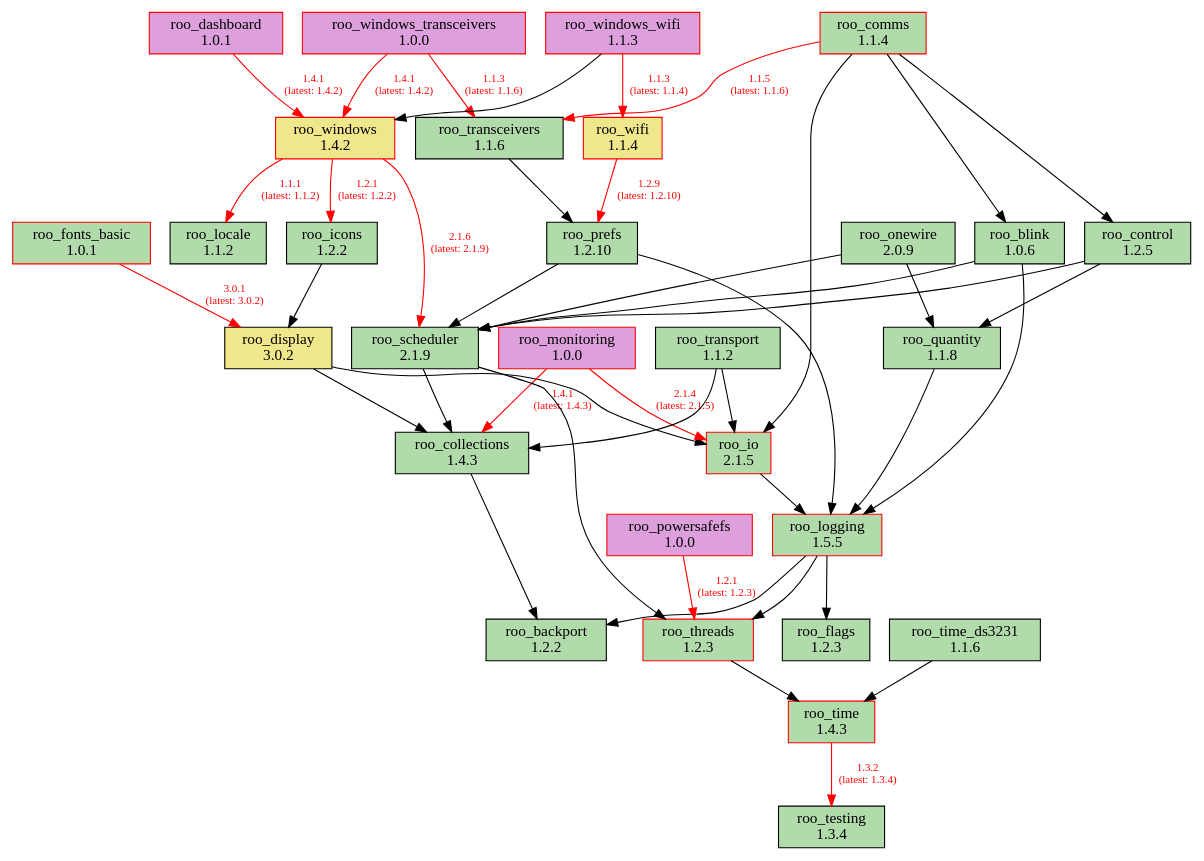
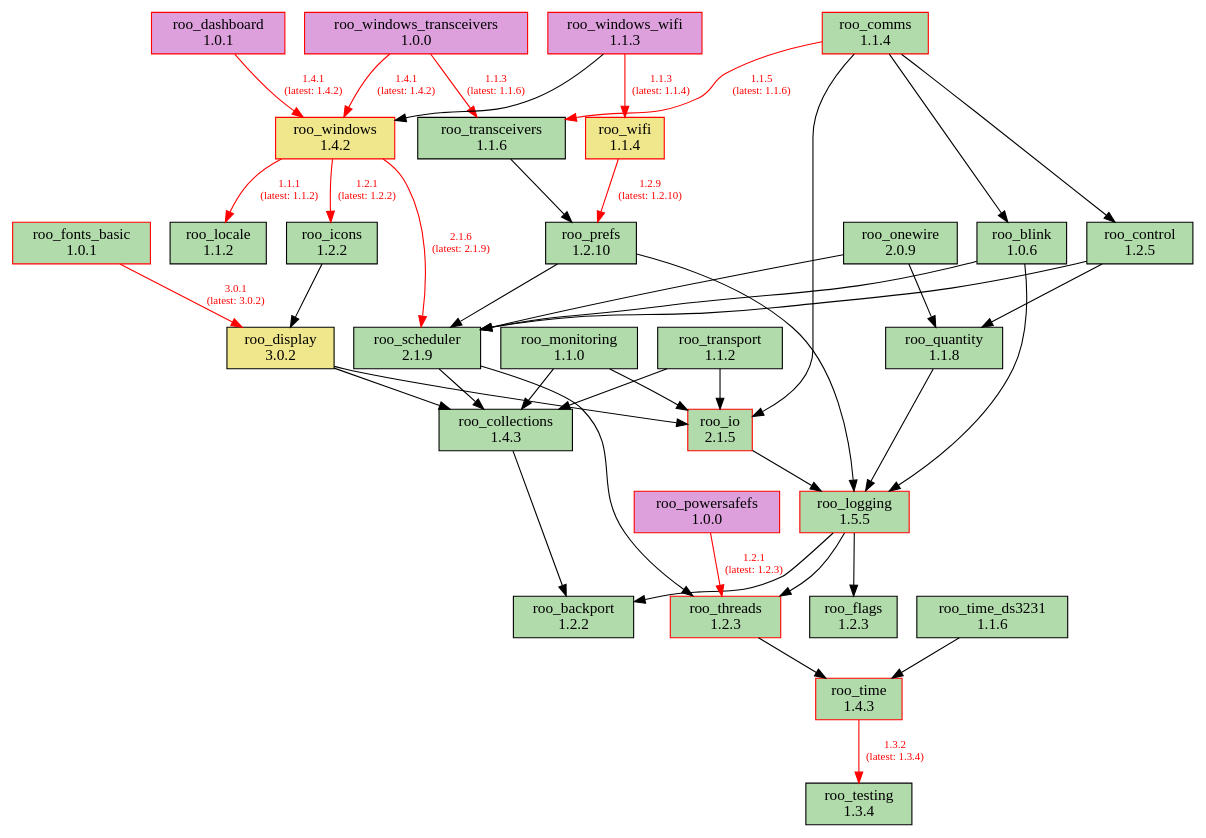
The diagram in doc/dependencies.dot (dejwk/roo-registry), drawn with Graphviz before and after one commit. The commit also changed 3 other files, not shown here.

Commit message:
Added roo_monitoring 1.1.0 to the registry.

```diff
--- a/doc/dependencies.dot
+++ b/doc/dependencies.dot
@@ -1,80 +1,80 @@
 digraph dependencies {
     rankdir=TB;
     node [shape=box, style=filled];
     edge [fontsize=10];
 
     // Modules
     "roo_backport" [label="roo_backport\n1.2.2", fillcolor="#b1dbab", color="black"];
     "roo_blink" [label="roo_blink\n1.0.6", fillcolor="#b1dbab", color="black"];
     "roo_collections" [label="roo_collections\n1.4.3", fillcolor="#b1dbab", color="black"];
     "roo_comms" [label="roo_comms\n1.1.4", fillcolor="#b1dbab", color="red"];
     "roo_control" [label="roo_control\n1.2.5", fillcolor="#b1dbab", color="black"];
     "roo_dashboard" [label="roo_dashboard\n1.0.1", fillcolor="plum", color="red"];
     "roo_display" [label="roo_display\n3.0.2", fillcolor="khaki", color="black"];
     "roo_flags" [label="roo_flags\n1.2.3", fillcolor="#b1dbab", color="black"];
     "roo_fonts_basic" [label="roo_fonts_basic\n1.0.1", fillcolor="#b1dbab", color="red"];
     "roo_icons" [label="roo_icons\n1.2.2", fillcolor="#b1dbab", color="black"];
     "roo_io" [label="roo_io\n2.1.5", fillcolor="#b1dbab", color="red"];
     "roo_locale" [label="roo_locale\n1.1.2", fillcolor="#b1dbab", color="black"];
     "roo_logging" [label="roo_logging\n1.5.5", fillcolor="#b1dbab", color="red"];
-    "roo_monitoring" [label="roo_monitoring\n1.0.0", fillcolor="plum", color="red"];
+    "roo_monitoring" [label="roo_monitoring\n1.1.0", fillcolor="#b1dbab", color="black"];
     "roo_onewire" [label="roo_onewire\n2.0.9", fillcolor="#b1dbab", color="black"];
     "roo_powersafefs" [label="roo_powersafefs\n1.0.0", fillcolor="plum", color="red"];
     "roo_prefs" [label="roo_prefs\n1.2.10", fillcolor="#b1dbab", color="black"];
     "roo_quantity" [label="roo_quantity\n1.1.8", fillcolor="#b1dbab", color="black"];
     "roo_scheduler" [label="roo_scheduler\n2.1.9", fillcolor="#b1dbab", color="black"];
     "roo_testing" [label="roo_testing\n1.3.4", fillcolor="#b1dbab", color="black"];
     "roo_threads" [label="roo_threads\n1.2.3", fillcolor="#b1dbab", color="red"];
     "roo_time" [label="roo_time\n1.4.3", fillcolor="#b1dbab", color="red"];
     "roo_time_ds3231" [label="roo_time_ds3231\n1.1.6", fillcolor="#b1dbab", color="black"];
     "roo_transceivers" [label="roo_transceivers\n1.1.6", fillcolor="#b1dbab", color="black"];
     "roo_transport" [label="roo_transport\n1.1.2", fillcolor="#b1dbab", color="black"];
     "roo_wifi" [label="roo_wifi\n1.1.4", fillcolor="khaki", color="red"];
     "roo_windows" [label="roo_windows\n1.4.2", fillcolor="khaki", color="red"];
     "roo_windows_transceivers" [label="roo_windows_transceivers\n1.0.0", fillcolor="plum", color="red"];
     "roo_windows_wifi" [label="roo_windows_wifi\n1.1.3", fillcolor="plum", color="red"];
 
     // Dependencies
     "roo_blink" -> "roo_logging";
     "roo_blink" -> "roo_scheduler";
     "roo_collections" -> "roo_backport";
     "roo_comms" -> "roo_blink";
     "roo_comms" -> "roo_control";
     "roo_comms" -> "roo_io";
     "roo_comms" -> "roo_transceivers" [color=red, fontcolor=red, label="1.1.5\n(latest: 1.1.6)"];
     "roo_control" -> "roo_quantity";
     "roo_control" -> "roo_scheduler";
     "roo_dashboard" -> "roo_windows" [color=red, fontcolor=red, label="1.4.1\n(latest: 1.4.2)"];
     "roo_display" -> "roo_collections";
     "roo_display" -> "roo_io";
     "roo_fonts_basic" -> "roo_display" [color=red, fontcolor=red, label="3.0.1\n(latest: 3.0.2)"];
     "roo_icons" -> "roo_display";
     "roo_io" -> "roo_logging";
     "roo_logging" -> "roo_backport";
     "roo_logging" -> "roo_flags";
     "roo_logging" -> "roo_threads";
-    "roo_monitoring" -> "roo_collections" [color=red, fontcolor=red, label="1.4.1\n(latest: 1.4.3)"];
-    "roo_monitoring" -> "roo_io" [color=red, fontcolor=red, label="2.1.4\n(latest: 2.1.5)"];
+    "roo_monitoring" -> "roo_collections";
+    "roo_monitoring" -> "roo_io";
     "roo_onewire" -> "roo_scheduler";
     "roo_onewire" -> "roo_quantity";
     "roo_powersafefs" -> "roo_threads" [color=red, fontcolor=red, label="1.2.1\n(latest: 1.2.3)"];
     "roo_prefs" -> "roo_logging";
     "roo_prefs" -> "roo_scheduler";
     "roo_quantity" -> "roo_logging";
     "roo_scheduler" -> "roo_collections";
     "roo_scheduler" -> "roo_threads";
     "roo_threads" -> "roo_time";
     "roo_time" -> "roo_testing" [color=red, fontcolor=red, label="1.3.2\n(latest: 1.3.4)"];
     "roo_time_ds3231" -> "roo_time";
     "roo_transceivers" -> "roo_prefs";
     "roo_transport" -> "roo_collections";
     "roo_transport" -> "roo_io";
     "roo_wifi" -> "roo_prefs" [color=red, fontcolor=red, label="1.2.9\n(latest: 1.2.10)"];
     "roo_windows" -> "roo_locale" [color=red, fontcolor=red, label="1.1.1\n(latest: 1.1.2)"];
     "roo_windows" -> "roo_icons" [color=red, fontcolor=red, label="1.2.1\n(latest: 1.2.2)"];
     "roo_windows" -> "roo_scheduler" [color=red, fontcolor=red, label="2.1.6\n(latest: 2.1.9)"];
     "roo_windows_transceivers" -> "roo_transceivers" [color=red, fontcolor=red, label="1.1.3\n(latest: 1.1.6)"];
     "roo_windows_transceivers" -> "roo_windows" [color=red, fontcolor=red, label="1.4.1\n(latest: 1.4.2)"];
     "roo_windows_wifi" -> "roo_wifi" [color=red, fontcolor=red, label="1.1.3\n(latest: 1.1.4)"];
     "roo_windows_wifi" -> "roo_windows";
 }
```
